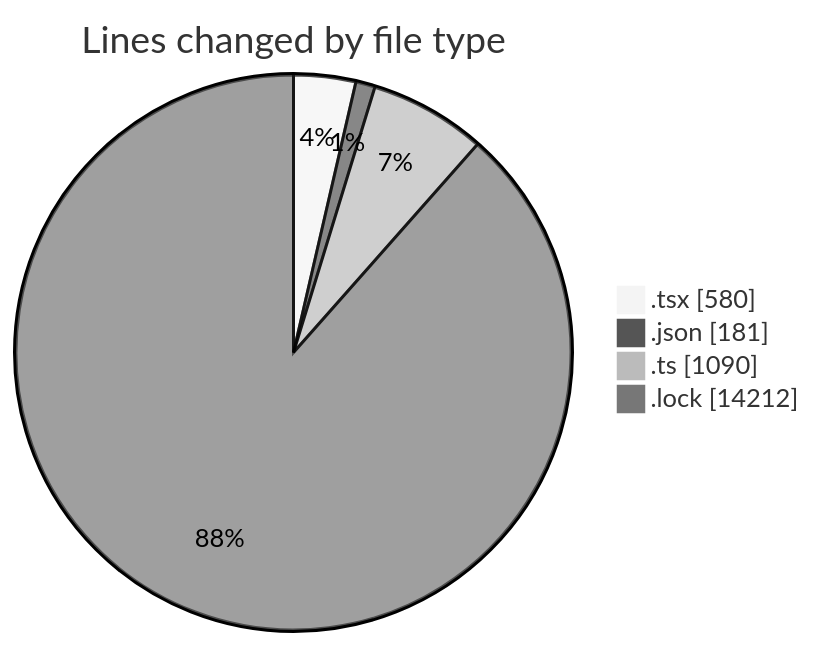
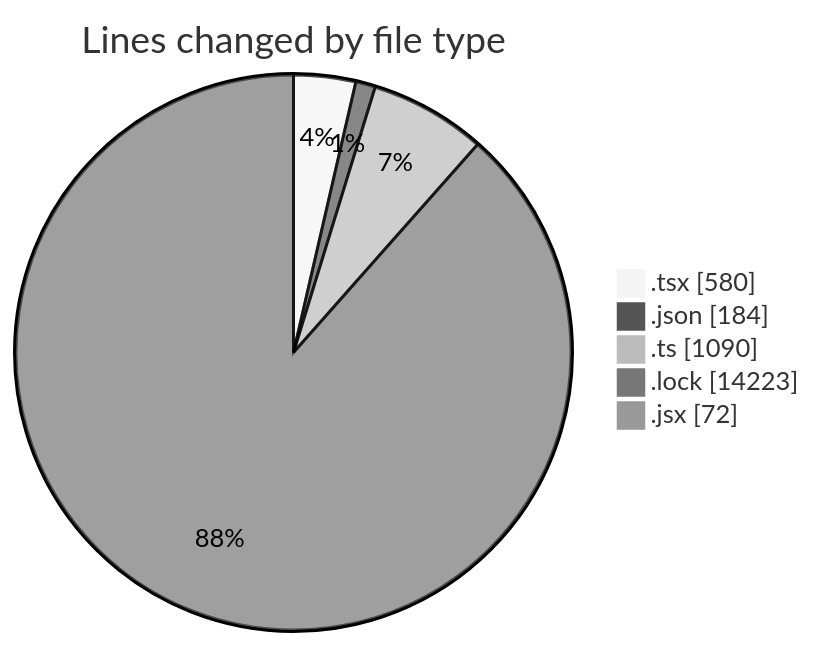
The first of 2 diagrams in 2025-05-12/cda/README.md (momahboobian/code-tracking), drawn with Mermaid (neutral theme) before and after one commit. The commit also changed other lines of this file and 1 other file, not shown here.

````diff
--- a/2025-05-12/cda/README.md
+++ b/2025-05-12/cda/README.md
@@ -33,8 +34,9 @@
 ```mermaid
 pie showData
 title Lines changed by file type
 ".tsx" : 580
-".json" : 181
+".json" : 184
 ".ts" : 1090
-".lock" : 14212
+".lock" : 14223
+".jsx" : 72
 ```
````
